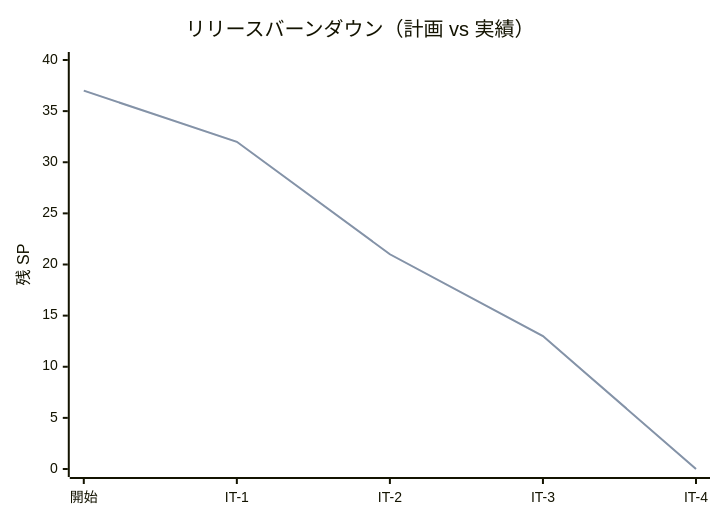
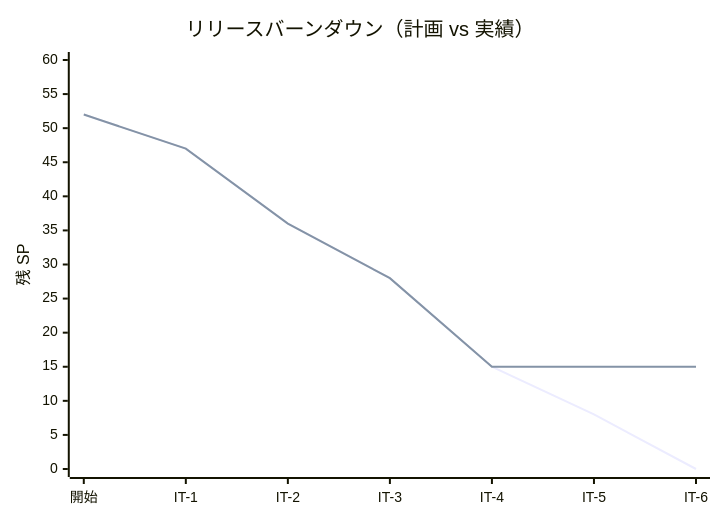
One commit to k2works/ai-programing-exercise changed the third of 3 diagrams in docs/development/release_plan.md. Above: the diagram before and after it, drawn with Mermaid. The commit also changed other lines of this file and 6 other files, not shown here.

````diff
--- a/docs/development/release_plan.md
+++ b/docs/development/release_plan.md
@@ -366,8 +465,8 @@
 ```mermaid
 xychart-beta
     title "リリースバーンダウン（計画 vs 実績）"
-    x-axis ["開始", "IT-1", "IT-2", "IT-3", "IT-4"]
-    y-axis "残 SP" 0 --> 40
-    line "計画" [37, 32, 21, 13, 0]
-    line "実績" [37, 32, 21, 13, 0]
+    x-axis ["開始", "IT-1", "IT-2", "IT-3", "IT-4", "IT-5", "IT-6"]
+    y-axis "残 SP" 0 --> 60
+    line "計画" [52, 47, 36, 28, 15, 8, 0]
+    line "実績(IT-4まで)" [52, 47, 36, 28, 15, 15, 15]
 ```
````
